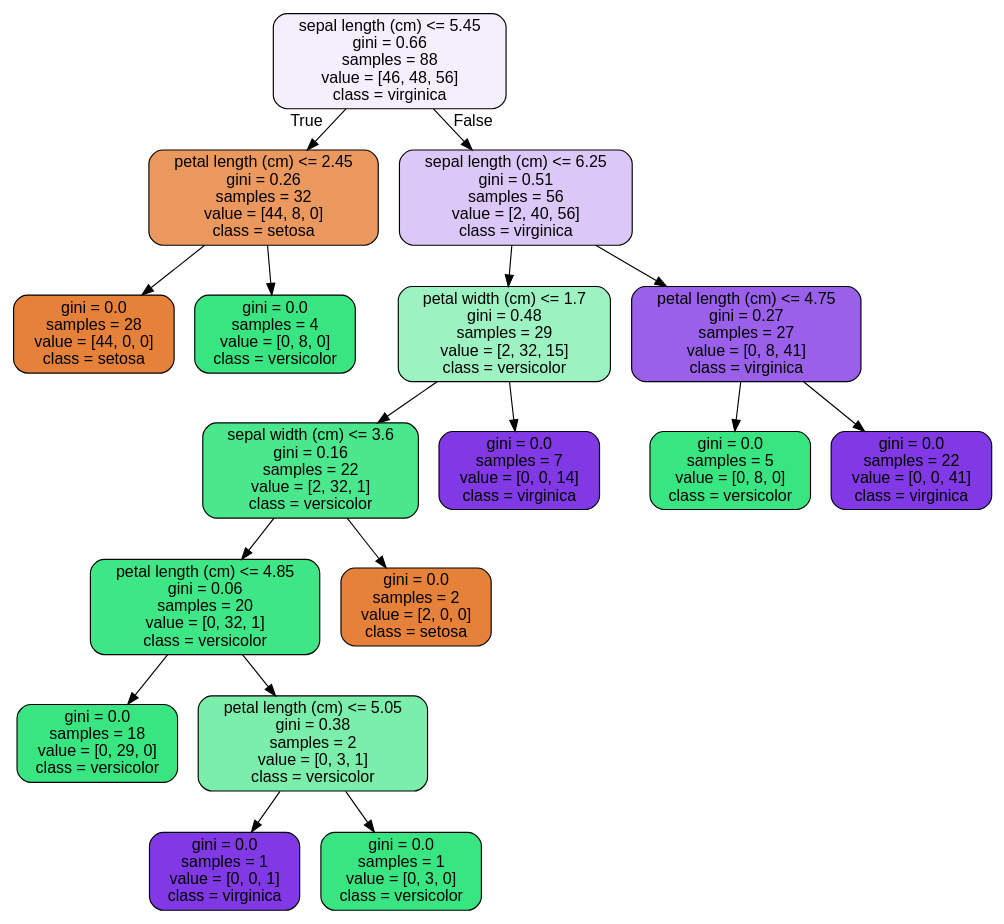
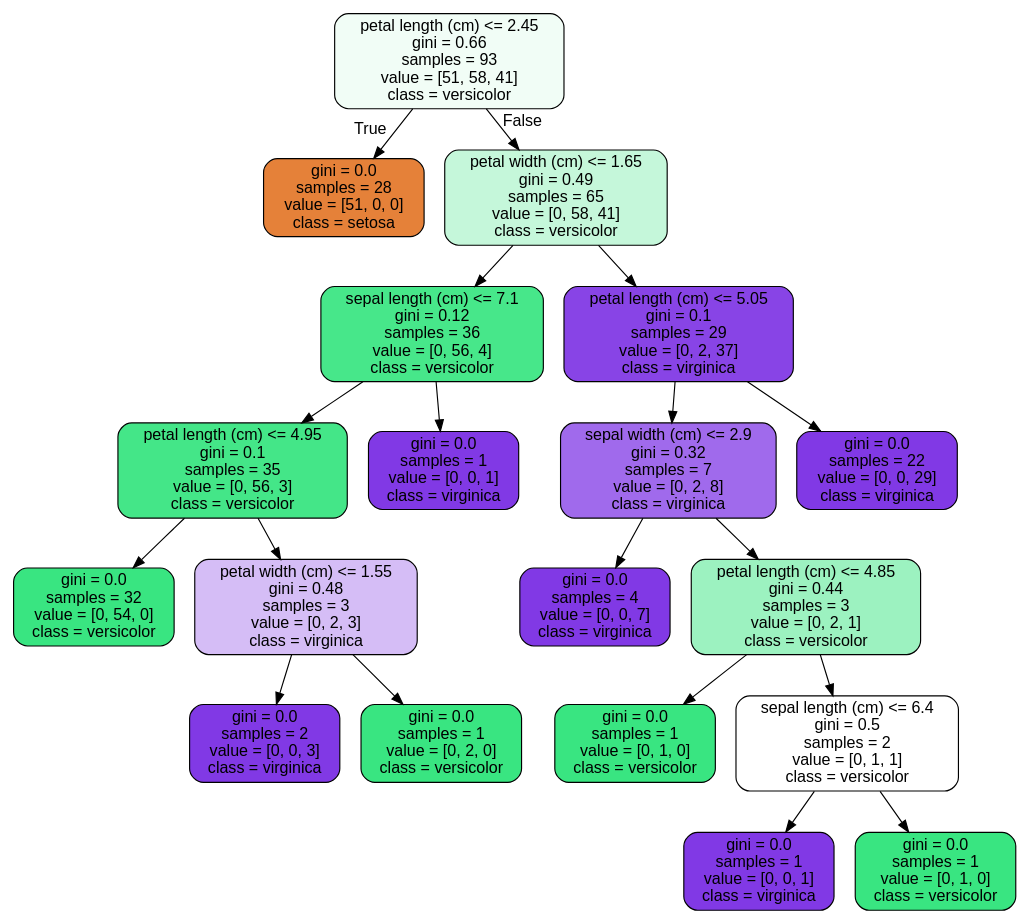
The diagram in RandomForest Covid Case Study_06302020/tree.dot (GabeGibitz/springboard), drawn with Graphviz before and after one commit. The commit also changed 9 other files, not shown here.

```diff
--- a/RandomForest Covid Case Study_06302020/tree.dot
+++ b/RandomForest Covid Case Study_06302020/tree.dot
@@ -1,37 +1,41 @@
 digraph Tree {
 node [shape=box, style="filled, rounded", color="black", fontname=helvetica] ;
 edge [fontname=helvetica] ;
-0 [label="sepal length (cm) <= 5.45\ngini = 0.66\nsamples = 88\nvalue = [46, 48, 56]\nclass = virginica", fillcolor="#f5effd"] ;
-1 [label="petal length (cm) <= 2.45\ngini = 0.26\nsamples = 32\nvalue = [44, 8, 0]\nclass = setosa", fillcolor="#ea985d"] ;
+0 [label="petal length (cm) <= 2.45\ngini = 0.66\nsamples = 93\nvalue = [51, 58, 41]\nclass = versicolor", fillcolor="#f1fdf6"] ;
+1 [label="gini = 0.0\nsamples = 28\nvalue = [51, 0, 0]\nclass = setosa", fillcolor="#e58139"] ;
 0 -> 1 [labeldistance=2.5, labelangle=45, headlabel="True"] ;
-2 [label="gini = 0.0\nsamples = 28\nvalue = [44, 0, 0]\nclass = setosa", fillcolor="#e58139"] ;
-1 -> 2 ;
-3 [label="gini = 0.0\nsamples = 4\nvalue = [0, 8, 0]\nclass = versicolor", fillcolor="#39e581"] ;
-1 -> 3 ;
-4 [label="sepal length (cm) <= 6.25\ngini = 0.51\nsamples = 56\nvalue = [2, 40, 56]\nclass = virginica", fillcolor="#dcc8f8"] ;
-0 -> 4 [labeldistance=2.5, labelangle=-45, headlabel="False"] ;
-5 [label="petal width (cm) <= 1.7\ngini = 0.48\nsamples = 29\nvalue = [2, 32, 15]\nclass = versicolor", fillcolor="#9cf2c0"] ;
+2 [label="petal width (cm) <= 1.65\ngini = 0.49\nsamples = 65\nvalue = [0, 58, 41]\nclass = versicolor", fillcolor="#c5f7da"] ;
+0 -> 2 [labeldistance=2.5, labelangle=-45, headlabel="False"] ;
+3 [label="sepal length (cm) <= 7.1\ngini = 0.12\nsamples = 36\nvalue = [0, 56, 4]\nclass = versicolor", fillcolor="#47e78a"] ;
+2 -> 3 ;
+4 [label="petal length (cm) <= 4.95\ngini = 0.1\nsamples = 35\nvalue = [0, 56, 3]\nclass = versicolor", fillcolor="#44e688"] ;
+3 -> 4 ;
+5 [label="gini = 0.0\nsamples = 32\nvalue = [0, 54, 0]\nclass = versicolor", fillcolor="#39e581"] ;
 4 -> 5 ;
-6 [label="sepal width (cm) <= 3.6\ngini = 0.16\nsamples = 22\nvalue = [2, 32, 1]\nclass = versicolor", fillcolor="#4be78c"] ;
-5 -> 6 ;
-7 [label="petal length (cm) <= 4.85\ngini = 0.06\nsamples = 20\nvalue = [0, 32, 1]\nclass = versicolor", fillcolor="#3fe685"] ;
+6 [label="petal width (cm) <= 1.55\ngini = 0.48\nsamples = 3\nvalue = [0, 2, 3]\nclass = virginica", fillcolor="#d5bdf6"] ;
+4 -> 6 ;
+7 [label="gini = 0.0\nsamples = 2\nvalue = [0, 0, 3]\nclass = virginica", fillcolor="#8139e5"] ;
 6 -> 7 ;
-8 [label="gini = 0.0\nsamples = 18\nvalue = [0, 29, 0]\nclass = versicolor", fillcolor="#39e581"] ;
-7 -> 8 ;
-9 [label="petal length (cm) <= 5.05\ngini = 0.38\nsamples = 2\nvalue = [0, 3, 1]\nclass = versicolor", fillcolor="#7beeab"] ;
-7 -> 9 ;
-10 [label="gini = 0.0\nsamples = 1\nvalue = [0, 0, 1]\nclass = virginica", fillcolor="#8139e5"] ;
-9 -> 10 ;
-11 [label="gini = 0.0\nsamples = 1\nvalue = [0, 3, 0]\nclass = versicolor", fillcolor="#39e581"] ;
-9 -> 11 ;
-12 [label="gini = 0.0\nsamples = 2\nvalue = [2, 0, 0]\nclass = setosa", fillcolor="#e58139"] ;
-6 -> 12 ;
-13 [label="gini = 0.0\nsamples = 7\nvalue = [0, 0, 14]\nclass = virginica", fillcolor="#8139e5"] ;
-5 -> 13 ;
-14 [label="petal length (cm) <= 4.75\ngini = 0.27\nsamples = 27\nvalue = [0, 8, 41]\nclass = virginica", fillcolor="#9a60ea"] ;
-4 -> 14 ;
-15 [label="gini = 0.0\nsamples = 5\nvalue = [0, 8, 0]\nclass = versicolor", fillcolor="#39e581"] ;
-14 -> 15 ;
-16 [label="gini = 0.0\nsamples = 22\nvalue = [0, 0, 41]\nclass = virginica", fillcolor="#8139e5"] ;
-14 -> 16 ;
+8 [label="gini = 0.0\nsamples = 1\nvalue = [0, 2, 0]\nclass = versicolor", fillcolor="#39e581"] ;
+6 -> 8 ;
+9 [label="gini = 0.0\nsamples = 1\nvalue = [0, 0, 1]\nclass = virginica", fillcolor="#8139e5"] ;
+3 -> 9 ;
+10 [label="petal length (cm) <= 5.05\ngini = 0.1\nsamples = 29\nvalue = [0, 2, 37]\nclass = virginica", fillcolor="#8844e6"] ;
+2 -> 10 ;
+11 [label="sepal width (cm) <= 2.9\ngini = 0.32\nsamples = 7\nvalue = [0, 2, 8]\nclass = virginica", fillcolor="#a06aec"] ;
+10 -> 11 ;
+12 [label="gini = 0.0\nsamples = 4\nvalue = [0, 0, 7]\nclass = virginica", fillcolor="#8139e5"] ;
+11 -> 12 ;
+13 [label="petal length (cm) <= 4.85\ngini = 0.44\nsamples = 3\nvalue = [0, 2, 1]\nclass = versicolor", fillcolor="#9cf2c0"] ;
+11 -> 13 ;
+14 [label="gini = 0.0\nsamples = 1\nvalue = [0, 1, 0]\nclass = versicolor", fillcolor="#39e581"] ;
+13 -> 14 ;
+15 [label="sepal length (cm) <= 6.4\ngini = 0.5\nsamples = 2\nvalue = [0, 1, 1]\nclass = versicolor", fillcolor="#ffffff"] ;
+13 -> 15 ;
+16 [label="gini = 0.0\nsamples = 1\nvalue = [0, 0, 1]\nclass = virginica", fillcolor="#8139e5"] ;
+15 -> 16 ;
+17 [label="gini = 0.0\nsamples = 1\nvalue = [0, 1, 0]\nclass = versicolor", fillcolor="#39e581"] ;
+15 -> 17 ;
+18 [label="gini = 0.0\nsamples = 22\nvalue = [0, 0, 29]\nclass = virginica", fillcolor="#8139e5"] ;
+10 -> 18 ;
 }
```
